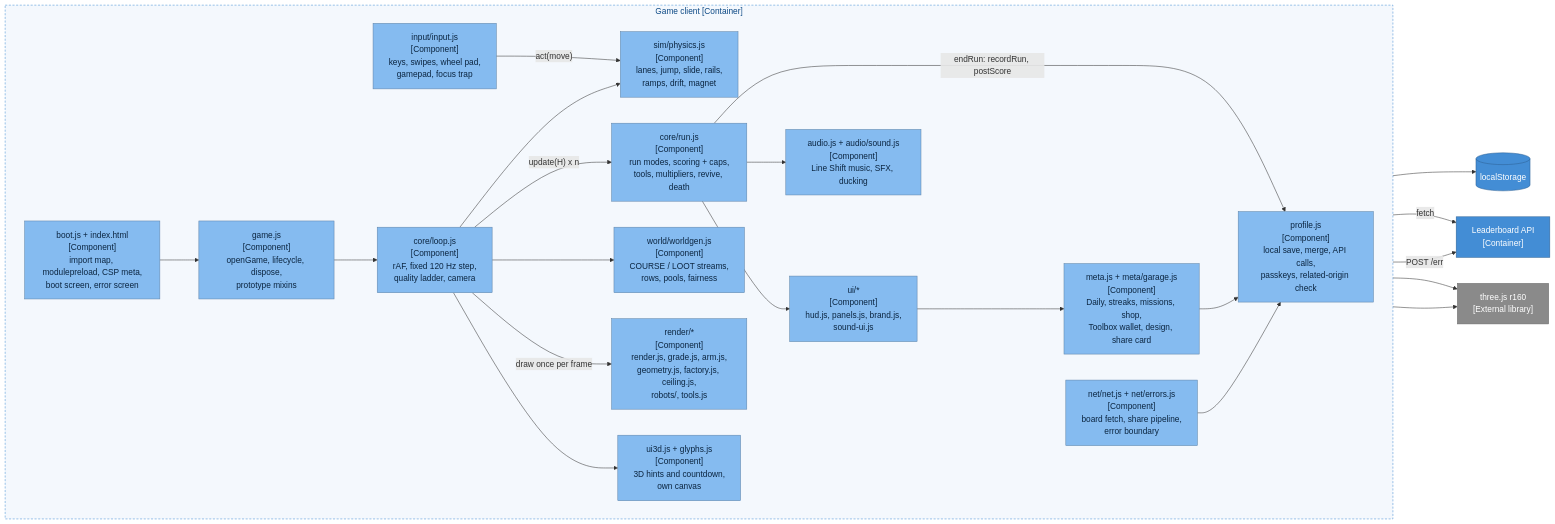
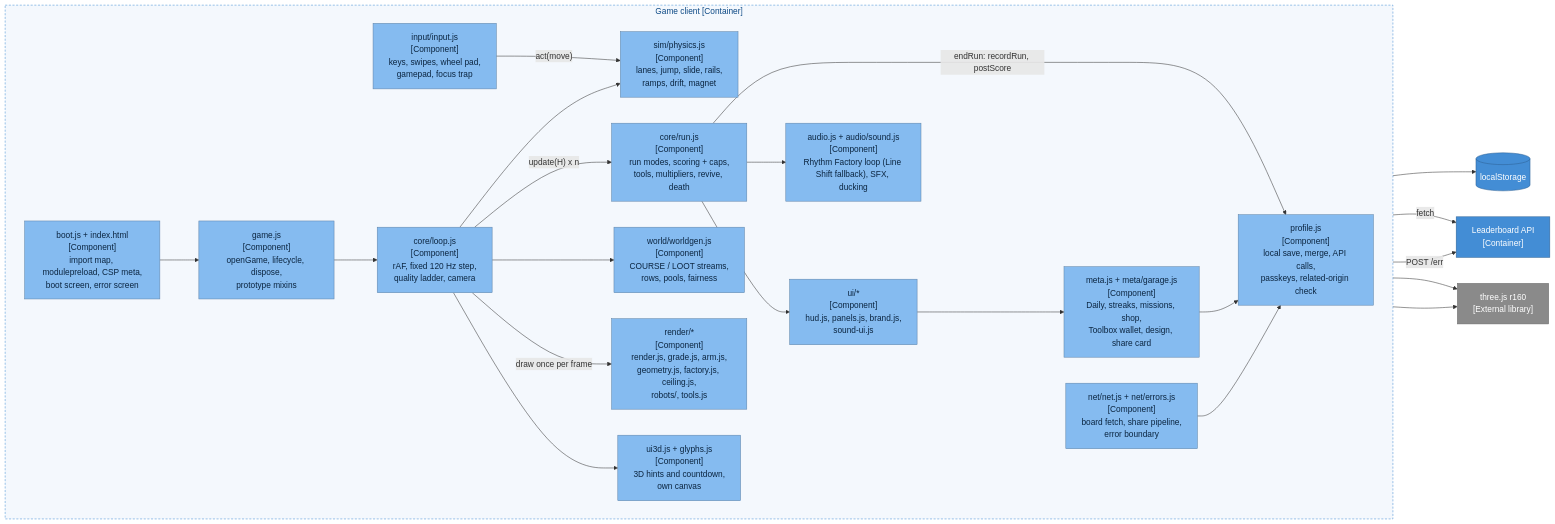
One commit to auamai/auamai.github.io changed the third of 11 diagrams in docs/ARCHITECTURE.md. Above: the diagram before and after it, drawn with Mermaid. The commit also changed other lines of this file and 4 other files, not shown here.

Commit message:
Docs + credit: MANUAL music/credits, ARCHITECTURE audio file-music section, module/file table and payload; README music line; Settings shows 'Music: Rhythm Factory by Zane Little Music (CC0)'. No _headers/CSP change needed (connect-src 'self'; no SW/precache)

````diff
--- a/docs/ARCHITECTURE.md
+++ b/docs/ARCHITECTURE.md
@@ -155,52 +156,52 @@
 ```mermaid
 flowchart LR
     subgraph CL ["Game client [Container]"]
         direction LR
         boot["boot.js + index.html<br/>[Component]<br/>import map, modulepreload, CSP meta,<br/>boot screen, error screen"]
         entry["game.js<br/>[Component]<br/>openGame, lifecycle, dispose,<br/>prototype mixins"]
         loop["core/loop.js<br/>[Component]<br/>rAF, fixed 120 Hz step,<br/>quality ladder, camera"]
         run["core/run.js<br/>[Component]<br/>run modes, scoring + caps,<br/>tools, multipliers, revive, death"]
         phys["sim/physics.js<br/>[Component]<br/>lanes, jump, slide, rails,<br/>ramps, drift, magnet"]
         world["world/worldgen.js<br/>[Component]<br/>COURSE / LOOT streams,<br/>rows, pools, fairness"]
         input["input/input.js<br/>[Component]<br/>keys, swipes, wheel pad,<br/>gamepad, focus trap"]
         render["render/*<br/>[Component]<br/>render.js, grade.js, arm.js,<br/>geometry.js, factory.js, ceiling.js,<br/>robots/, tools.js"]
         ui3d["ui3d.js + glyphs.js<br/>[Component]<br/>3D hints and countdown,<br/>own canvas"]
         ui["ui/*<br/>[Component]<br/>hud.js, panels.js, brand.js,<br/>sound-ui.js"]
         meta["meta.js + meta/garage.js<br/>[Component]<br/>Daily, streaks, missions, shop,<br/>Toolbox wallet, design, share card"]
-        audio["audio.js + audio/sound.js<br/>[Component]<br/>Line Shift music, SFX, ducking"]
+        audio["audio.js + audio/sound.js<br/>[Component]<br/>Rhythm Factory loop (Line Shift fallback), SFX, ducking"]
         prof["profile.js<br/>[Component]<br/>local save, merge, API calls,<br/>passkeys, related-origin check"]
         net["net/net.js + net/errors.js<br/>[Component]<br/>board fetch, share pipeline,<br/>error boundary"]
     end
     ls[("localStorage")]
     api["Leaderboard API<br/>[Container]"]
     three["three.js r160<br/>[External library]"]
 
     boot --> entry
     entry --> loop
     input -- "act(move)" --> phys
     loop -- "update(H) x n" --> run
     loop --> phys
     loop --> world
     loop -- "draw once per frame" --> render
     loop --> ui3d
     run --> ui
     run --> audio
     run -- "endRun: recordRun, postScore" --> prof
     ui --> meta
     meta --> prof
     net --> prof
     prof --> ls
     prof -- "fetch" --> api
     net -- "POST /err" --> api
     render --> three
     ui3d --> three
 
     classDef comp fill:#85bbf0,stroke:#5d82a8,color:#0b2540
     classDef container fill:#438dd5,stroke:#2e6295,color:#ffffff
     classDef ext fill:#8a8a8a,stroke:#6b6b6b,color:#ffffff
     class boot,entry,loop,run,phys,world,input,render,ui3d,ui,meta,audio,prof,net comp
     class api container
     class ls container
     class three ext
     style CL fill:#f4f8fd,stroke:#438dd5,stroke-dasharray:4 3,color:#0b4884
 ```
````
